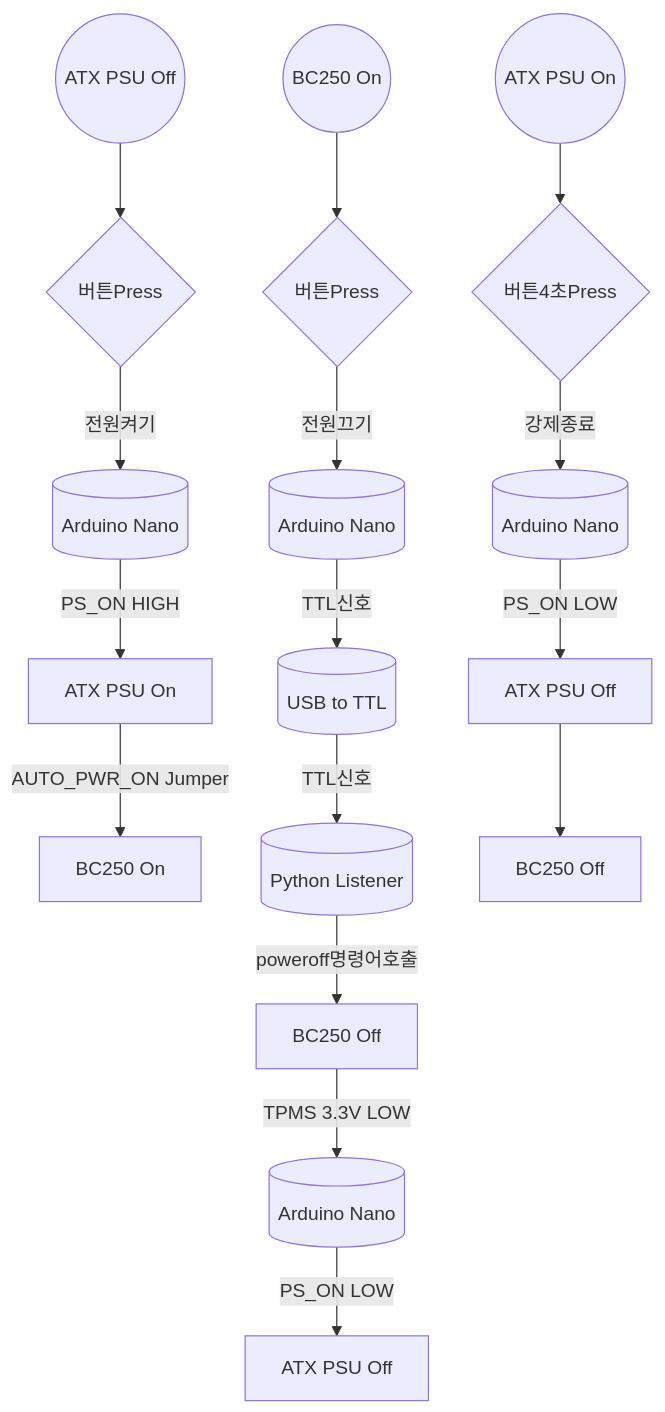
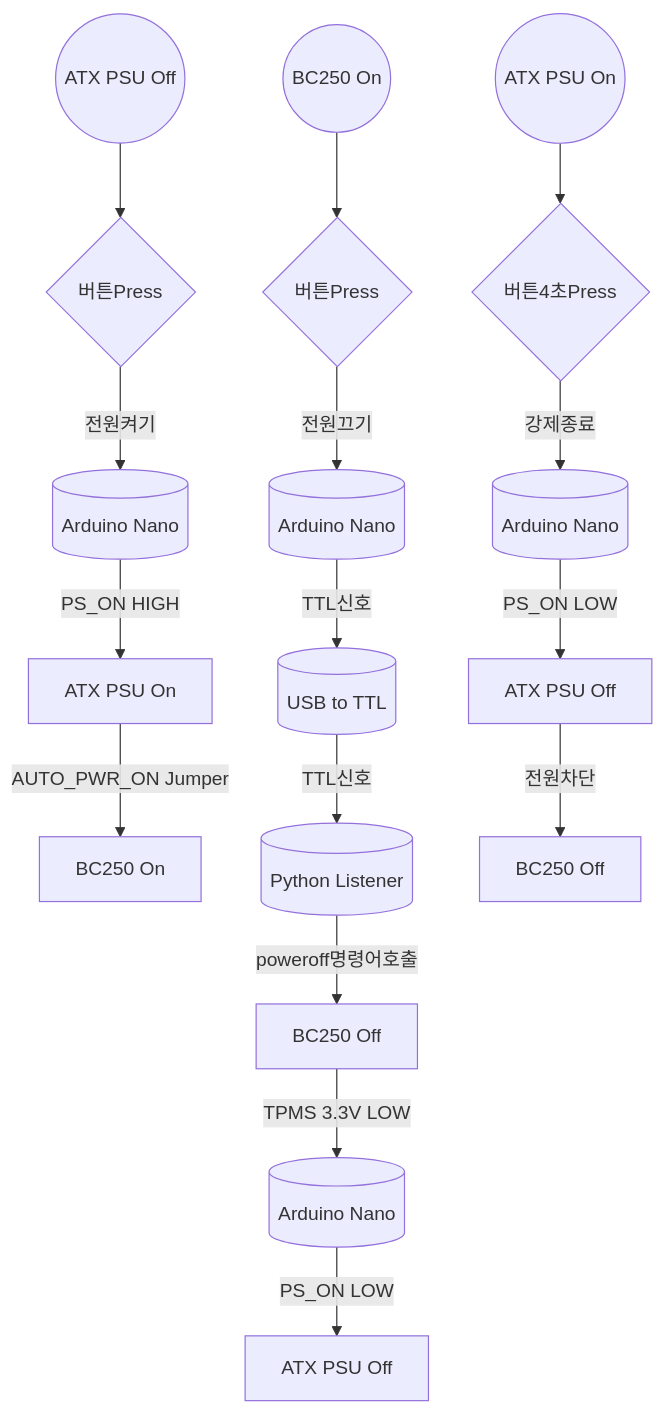
One commit to coolsolgit/BC250-ATX-PSU-Control changed the first of 2 diagrams in README.md. Above: the diagram before and after it, drawn with Mermaid.

````diff
--- a/README.md
+++ b/README.md
@@ -24,18 +24,18 @@
 ```mermaid
 flowchart TD
 A1((ATX PSU Off)) --> B1{버튼Press}
   B1 -->|전원켜기| C1[(Arduino Nano)]
   C1 -->|PS_ON HIGH| D1[ATX PSU On]
   D1 -->|AUTO_PWR_ON Jumper| E1[BC250 On]
 A2((BC250 On)) --> B2{버튼Press}
   B2 -->|전원끄기| C2[(Arduino Nano)]
   C2 -->|TTL신호| D2[(USB to TTL)]
   D2 -->|TTL신호| E2[(Python Listener)]
   E2 -->|poweroff명령어호출| F2[BC250 Off]
   F2 -->|TPMS 3.3V LOW| G2[(Arduino Nano)]
   G2 -->|PS_ON LOW| H2[ATX PSU Off]
 A3((ATX PSU On)) --> B3{버튼4초Press}
   B3 -->|강제종료| C3[(Arduino Nano)]
   C3 -->|PS_ON LOW| D3[ATX PSU Off]
-  D3 --> E3[BC250 Off]
+  D3 -->|전원차단| E3[BC250 Off]
 ```
````
